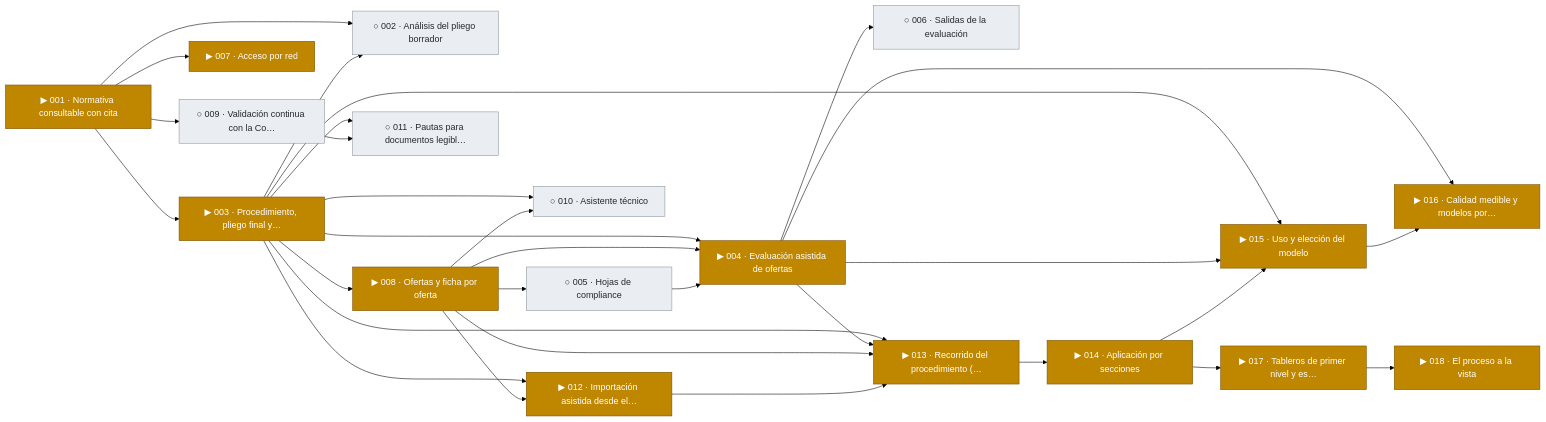
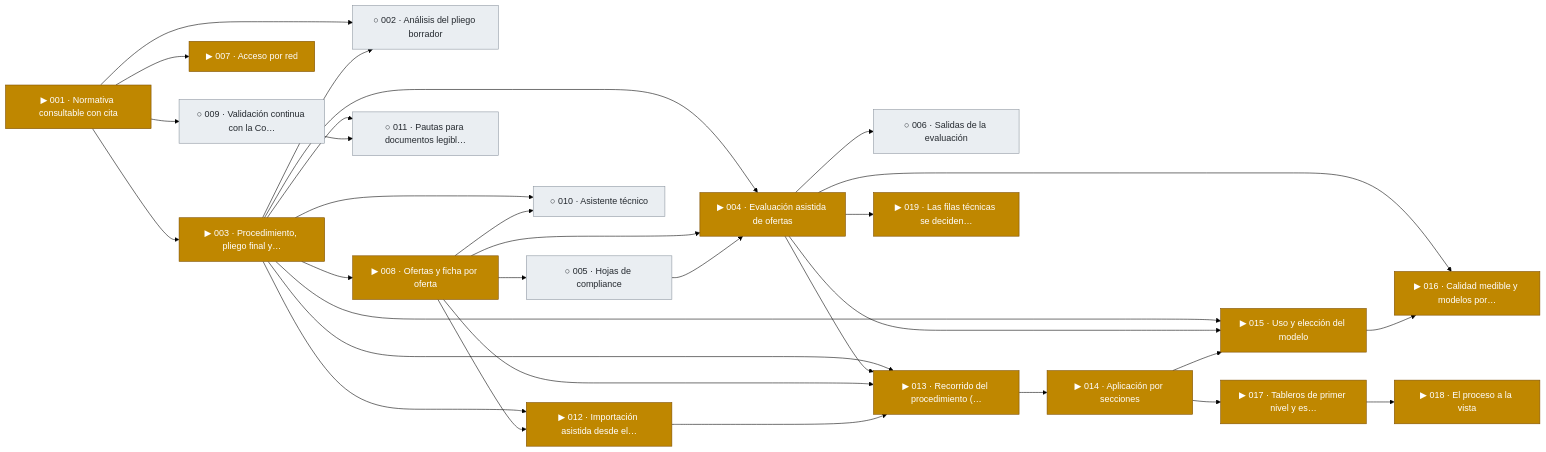
Before and after one commit to snavello/EVALUON: the first of 26 diagrams in docs/tablero.md, drawn with Mermaid (forest theme). The commit also changed other lines of this file and 3 other files, not shown here.

Commit message:
gestión: spec 019 en borrador (las filas técnicas se deciden solo con el ok del informe técnico); hoja de ruta y tablero

````diff
--- a/docs/tablero.md
+++ b/docs/tablero.md
@@ -9,55 +9,57 @@
 ```mermaid
 flowchart LR
   F001["▶ 001 · Normativa consultable con cita"]:::active
   F002["○ 002 · Análisis del pliego borrador"]:::todo
   F003["▶ 003 · Procedimiento, pliego final y…"]:::active
   F004["▶ 004 · Evaluación asistida de ofertas"]:::active
   F005["○ 005 · Hojas de compliance"]:::todo
   F006["○ 006 · Salidas de la evaluación"]:::todo
   F007["▶ 007 · Acceso por red"]:::active
   F008["▶ 008 · Ofertas y ficha por oferta"]:::active
   F009["○ 009 · Validación continua con la Co…"]:::todo
   F010["○ 010 · Asistente técnico"]:::todo
   F011["○ 011 · Pautas para documentos legibl…"]:::todo
   F012["▶ 012 · Importación asistida desde el…"]:::active
   F013["▶ 013 · Recorrido del procedimiento (…"]:::active
   F014["▶ 014 · Aplicación por secciones"]:::active
   F015["▶ 015 · Uso y elección del modelo"]:::active
   F016["▶ 016 · Calidad medible y modelos por…"]:::active
   F017["▶ 017 · Tableros de primer nivel y es…"]:::active
   F018["▶ 018 · El proceso a la vista"]:::active
+  F019["▶ 019 · Las filas técnicas se deciden…"]:::active
   F001 --> F002
   F003 --> F002
   F001 --> F003
   F003 --> F004
   F008 --> F004
   F005 --> F004
   F008 --> F005
   F004 --> F006
   F001 --> F007
   F003 --> F008
   F001 --> F009
   F003 --> F010
   F008 --> F010
   F003 --> F011
   F009 --> F011
   F003 --> F012
   F008 --> F012
   F003 --> F013
   F004 --> F013
   F008 --> F013
   F012 --> F013
   F013 --> F014
   F003 --> F015
   F004 --> F015
   F014 --> F015
   F004 --> F016
   F015 --> F016
   F014 --> F017
   F017 --> F018
+  F004 --> F019
   classDef done fill:#1a7f37,stroke:#116329,color:#ffffff
   classDef review fill:#0969da,stroke:#0550ae,color:#ffffff
   classDef active fill:#bf8700,stroke:#7d4e00,color:#ffffff
   classDef blocked fill:#cf222e,stroke:#a40e26,color:#ffffff
   classDef todo fill:#eaeef2,stroke:#8c959f,color:#24292f
 ```
````
